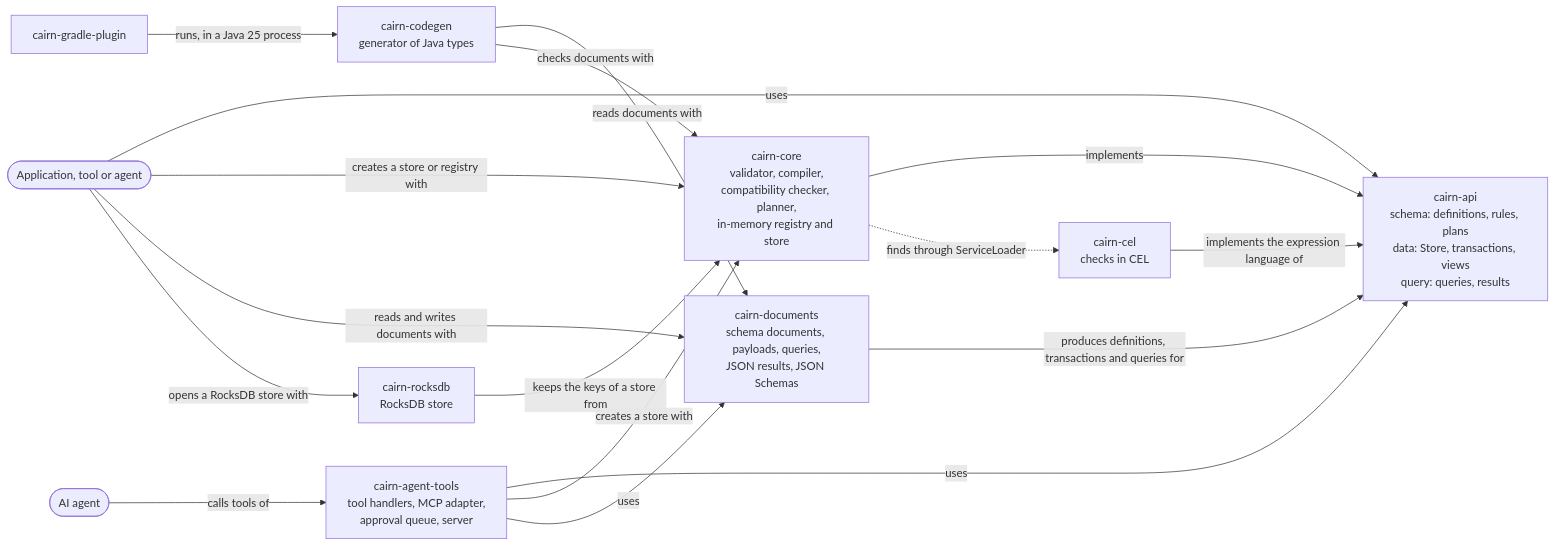
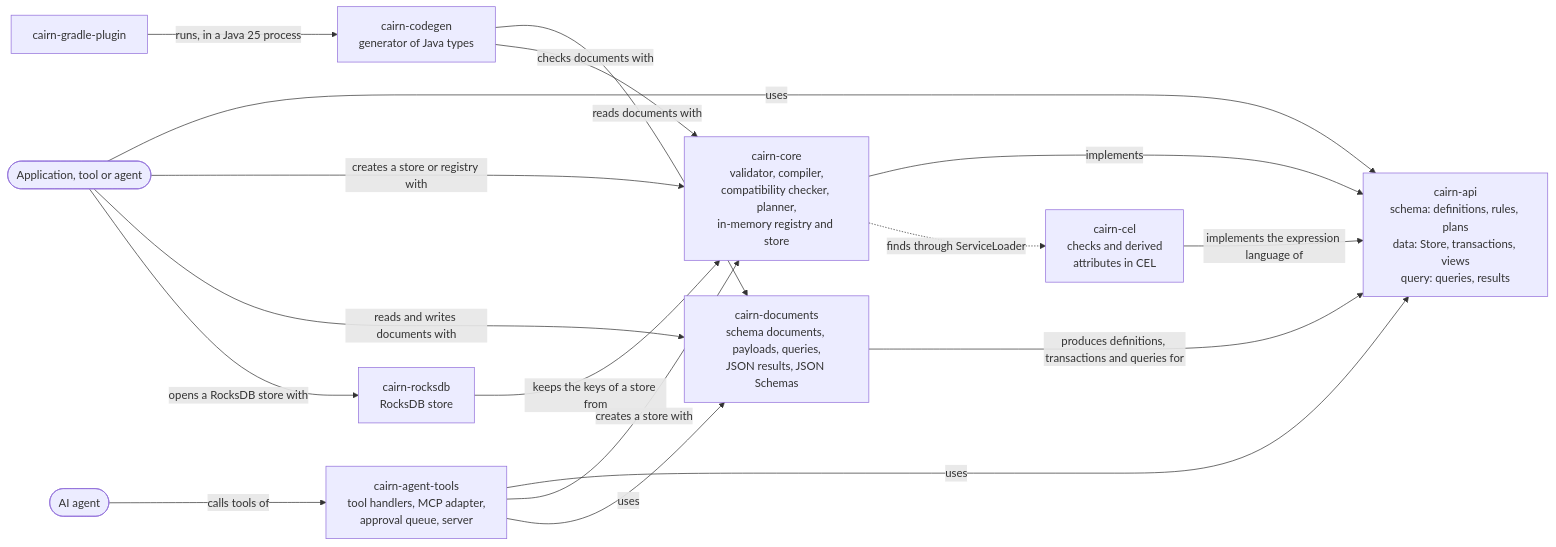
One commit to enricoag1982/Cairn changed the second of 3 diagrams in docs/architecture/README.md. Above: the diagram before and after it, drawn with Mermaid. The commit also changed other lines of this file and 17 other files, not shown here.

First line of the commit message:
docs, spec: fix drift in add-derived-attributes

````diff
--- a/docs/architecture/README.md
+++ b/docs/architecture/README.md
@@ -94,19 +94,19 @@
 ```mermaid
 flowchart LR
     core[cairn-core<br/>validator, compiler,<br/>compatibility checker, planner,<br/>in-memory registry and store] -->|implements| api[cairn-api<br/>schema: definitions, rules, plans<br/>data: Store, transactions, views<br/>query: queries, results]
     docs[cairn-documents<br/>schema documents, payloads, queries,<br/>JSON results, JSON Schemas] -->|produces definitions, transactions and queries for| api
     app([Application, tool or agent]) -->|uses| api
     app -->|creates a store or registry with| core
     app -->|reads and writes documents with| docs
     codegen[cairn-codegen<br/>generator of Java types] -->|reads documents with| docs
     codegen -->|checks documents with| core
     plugin[cairn-gradle-plugin] -->|runs, in a Java 25 process| codegen
     tools[cairn-agent-tools<br/>tool handlers, MCP adapter,<br/>approval queue, server] -->|uses| api
     tools -->|creates a store with| core
     tools -->|uses| docs
     agent([AI agent]) -->|calls tools of| tools
-    cel[cairn-cel<br/>checks in CEL] -->|implements the expression language of| api
+    cel[cairn-cel<br/>checks and derived<br/>attributes in CEL] -->|implements the expression language of| api
     core -.->|finds through ServiceLoader| cel
     app -->|opens a RocksDB store with| rocks[cairn-rocksdb<br/>RocksDB store]
     rocks -->|keeps the keys of a store from| core
 ```
````
